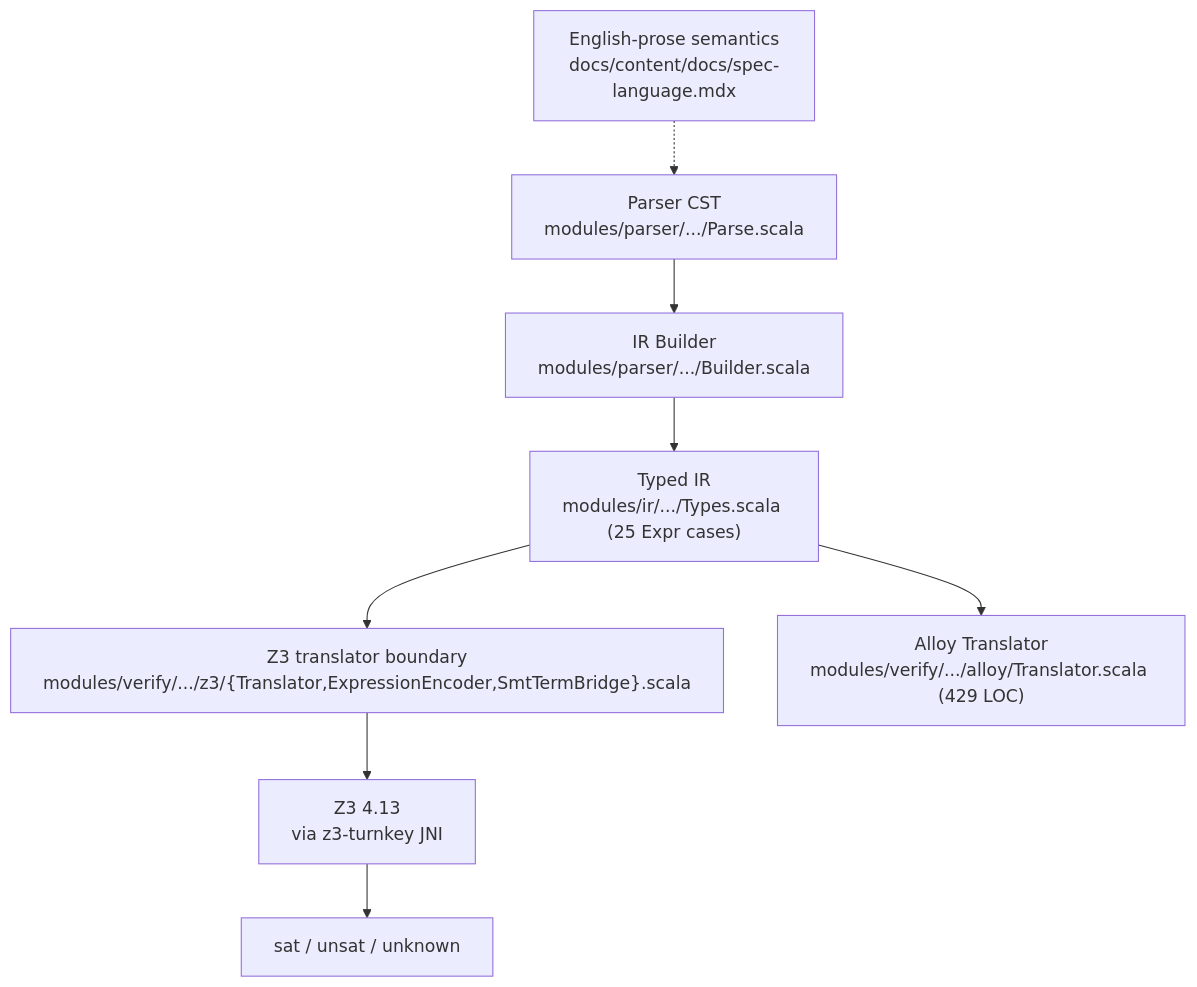
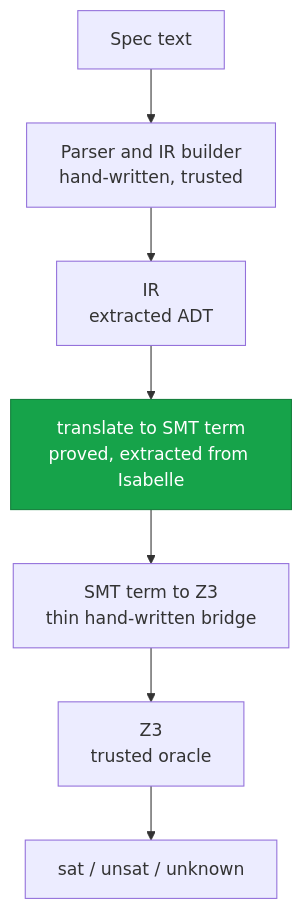
One commit to HardMax71/spec_to_rest changed the diagram in docs/content/docs/research/translator_soundness/theorem.md. Above: the diagram before and after it, drawn with Mermaid. The commit also changed other lines of this file, not shown here.

````diff
--- a/docs/content/docs/research/translator_soundness/theorem.md
+++ b/docs/content/docs/research/translator_soundness/theorem.md
@@ -54,16 +37,10 @@
 ```mermaid
 flowchart TD
-  Prose["English-prose semantics<br/>docs/content/docs/spec-language.mdx"]
-  Parser["Parser CST<br/>modules/parser/.../Parse.scala"]
-  Builder["IR Builder<br/>modules/parser/.../Builder.scala"]
-  IR["Typed IR<br/>modules/ir/.../Types.scala (25 Expr cases)"]
-  ZTrans["Z3 translator boundary<br/>modules/verify/.../z3/{Translator,ExpressionEncoder,SmtTermBridge}.scala"]
-  ATrans["Alloy Translator<br/>modules/verify/.../alloy/Translator.scala (429 LOC)"]
-  Z3["Z3 4.13<br/>via z3-turnkey JNI"]
-  Verdict["sat / unsat / unknown"]
-
-  Prose -.-> Parser
-  Parser --> Builder --> IR --> ZTrans --> Z3
-  IR --> ATrans
-  Z3 --> Verdict
+  Spec["Spec text"] --> Parser["Parser and IR builder<br/>hand-written, trusted"]
+  Parser --> IR["IR<br/>extracted ADT"]
+  IR --> Translate["translate to SMT term<br/>proved, extracted from Isabelle"]
+  Translate --> Bridge["SMT term to Z3<br/>thin hand-written bridge"]
+  Bridge --> Z3["Z3<br/>trusted oracle"]
+  Z3 --> V["sat / unsat / unknown"]
+  style Translate fill:#16a34a,stroke:#15803d,color:#ffffff
 ```
````
